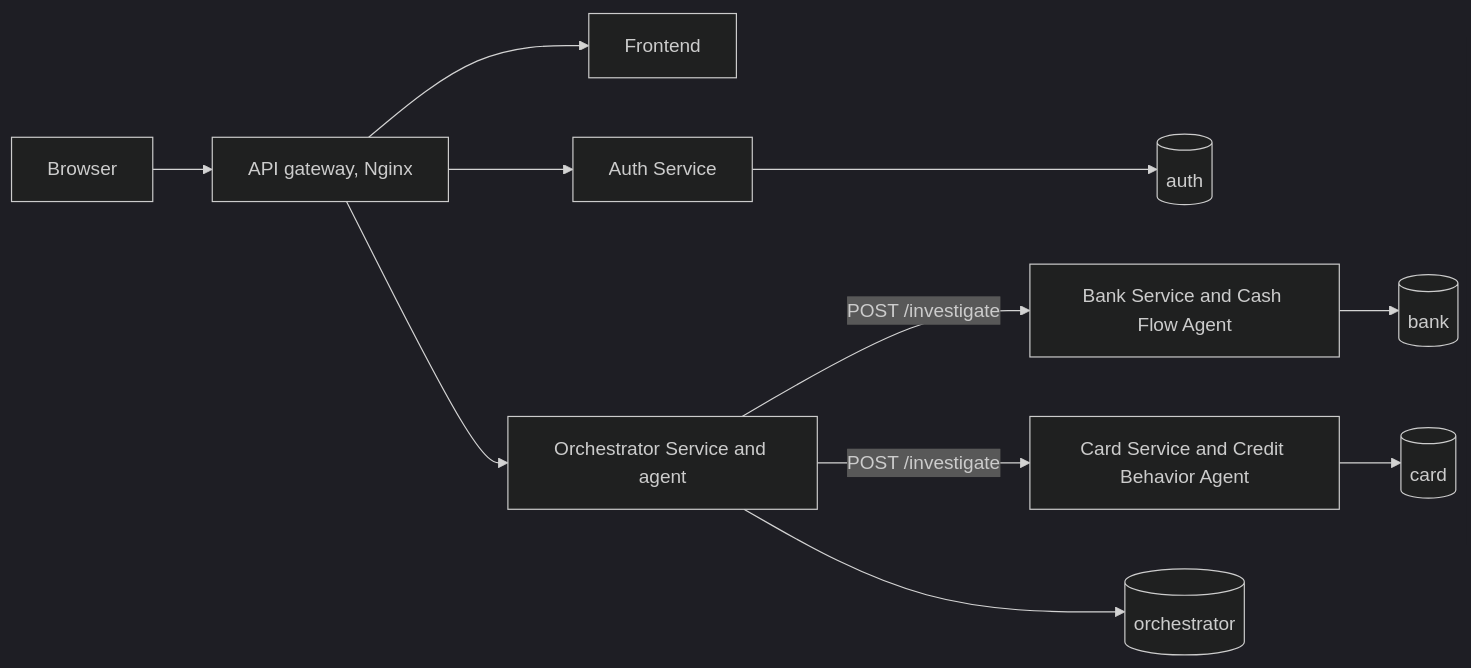
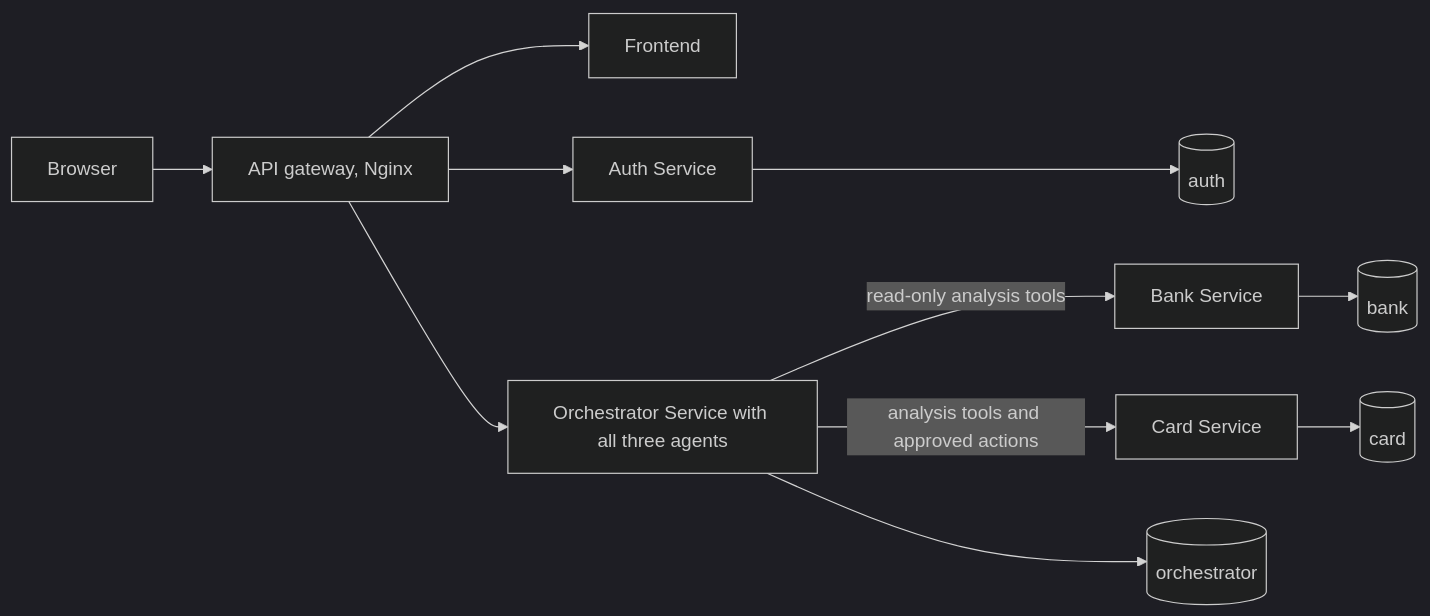
Before and after one commit to learnerInTheFirstStage/multiagent-credit-review: the diagram in README.md, drawn with Mermaid (dark theme). The commit also changed other lines of this file and 9 other files, not shown here.

First line of the commit message:
Move the specialist agents into the Orchestrator Service (docs and folders)

````diff
--- a/README.md
+++ b/README.md
@@ -13,13 +13,13 @@
 ```mermaid
 flowchart LR
   browser[Browser] --> gateway[API gateway, Nginx]
   gateway --> frontend[Frontend]
   gateway --> auth[Auth Service]
-  gateway --> orch[Orchestrator Service and agent]
-  orch -->|POST /investigate| bank[Bank Service and Cash Flow Agent]
-  orch -->|POST /investigate| card[Card Service and Credit Behavior Agent]
+  gateway --> orch[Orchestrator Service with all three agents]
+  orch -->|read-only analysis tools| bank[Bank Service]
+  orch -->|analysis tools and approved actions| card[Card Service]
   auth --> authdb[(auth)]
   orch --> orchdb[(orchestrator)]
   bank --> bankdb[(bank)]
   card --> carddb[(card)]
 ```
````
